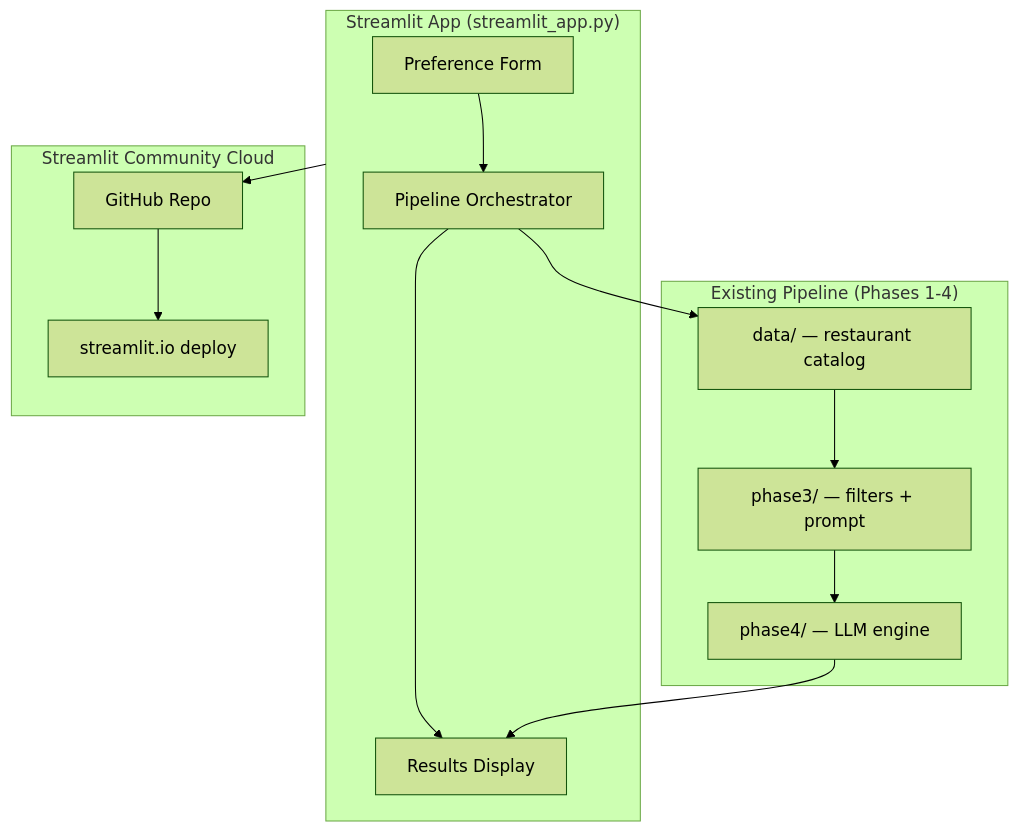
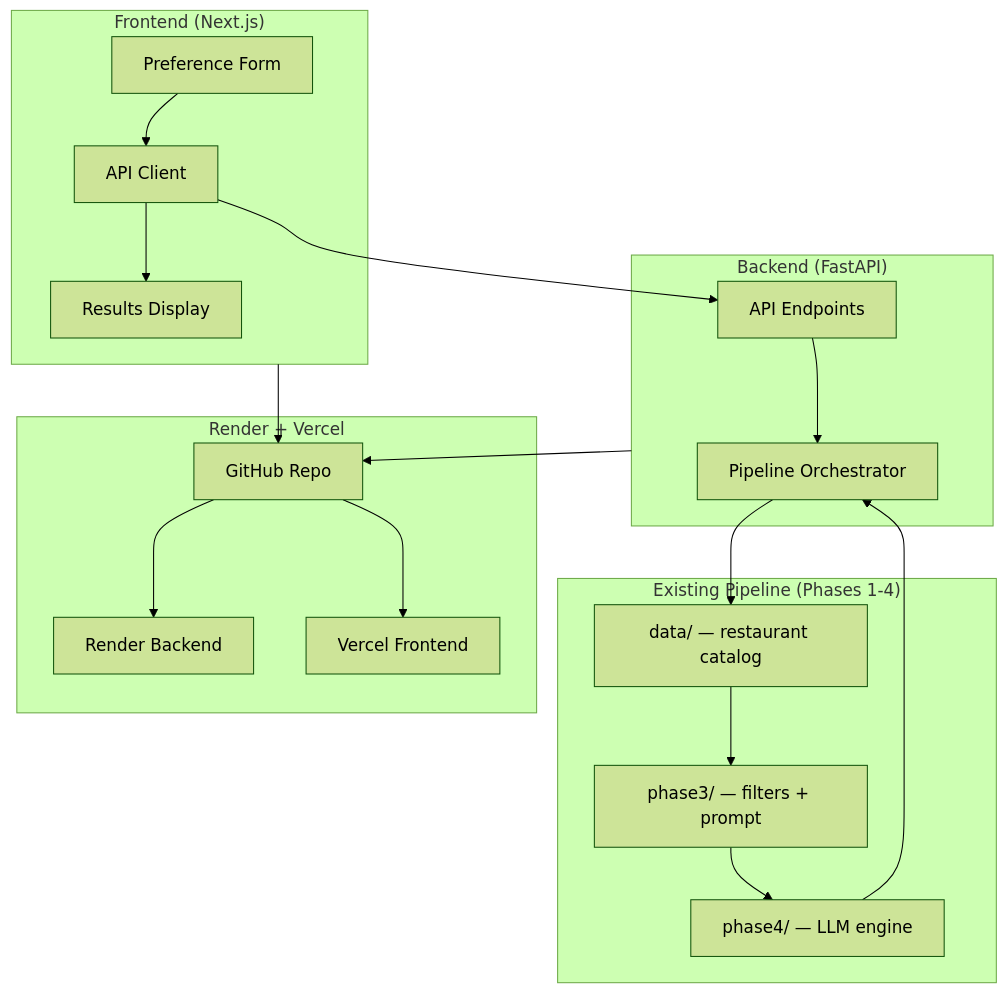
Before and after one commit to kaveerraj1930-alt/Zomato-Project: the sixth of 9 diagrams in Milestone 1 Zomato/ARCHITECTURE.md, drawn with Mermaid (forest theme). The commit also changed other lines of this file, not shown here.

First line of the commit message:
Update Phase 7 in ARCHITECTURE.md for Render + Vercel deployment

````diff
--- a/Milestone 1 Zomato/ARCHITECTURE.md
+++ b/Milestone 1 Zomato/ARCHITECTURE.md
@@ -579,27 +579,37 @@
 ```mermaid
 flowchart TB
-    subgraph StreamlitApp["Streamlit App (streamlit_app.py)"]
-        SF[Preference Form]
-        SR[Results Display]
-        SP[Pipeline Orchestrator]
-        SF --> SP --> SR
+    subgraph Frontend["Frontend (Next.js)"]
+        FF[Preference Form]
+        FR[Results Display]
+        FA[API Client]
+        FF --> FA --> FR
+    end
+
+    subgraph Backend["Backend (FastAPI)"]
+        BA[API Endpoints]
+        BP[Pipeline Orchestrator]
+        BA --> BP
     end
 
     subgraph Pipeline["Existing Pipeline (Phases 1-4)"]
         D1[data/ — restaurant catalog]
         F3[phase3/ — filters + prompt]
         F4[phase4/ — LLM engine]
     end
 
-    subgraph Cloud["Streamlit Community Cloud"]
+    subgraph Cloud["Render + Vercel"]
         GH[GitHub Repo]
-        SCC[streamlit.io deploy]
-        GH --> SCC
+        RD[Render Backend]
+        VC[Vercel Frontend]
+        GH --> RD
+        GH --> VC
     end
 
-    SP --> D1
+    FA --> BA
+    BP --> D1
     D1 --> F3
     F3 --> F4
-    F4 --> SR
-    StreamlitApp --> GH
+    F4 --> BP
+    Frontend --> GH
+    Backend --> GH
 ```
````
